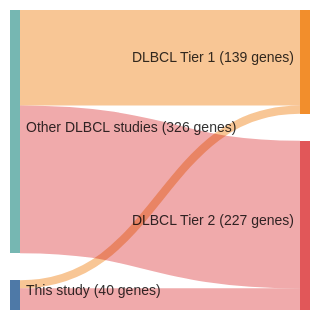
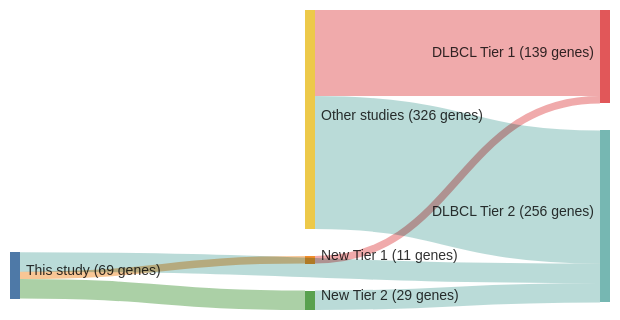
Before and after one commit to morinlab/lymphopedia: the diagram in papers/morinMutationalStructuralAnalysis2013.md, drawn with Mermaid. The commit also changed 82 other files, not shown here.

````diff
--- a/papers/morinMutationalStructuralAnalysis2013.md
+++ b/papers/morinMutationalStructuralAnalysis2013.md
@@ -12,18 +12,21 @@
 ```mermaid
 ---
 config:
     sankey:
         showValues: true
         linkColor: target
-        width: 300
+        width: 600
         height: 300
         nodeAlignment: right
         prefix: '('
         suffix: ' genes)'
 ---
 sankey-beta
-This study, DLBCL Tier 1, 11
+This study, New Tier 1, 11
+New Tier 1, DLBCL Tier 1, 11
 This study, DLBCL Tier 2, 29
-Other DLBCL studies, DLBCL Tier 1, 128
-Other DLBCL studies, DLBCL Tier 2, 198
+This study, New Tier 2, 29
+New Tier 2, DLBCL Tier 2, 29
+Other studies, DLBCL Tier 1, 128
+Other studies, DLBCL Tier 2, 198
 ```
````
